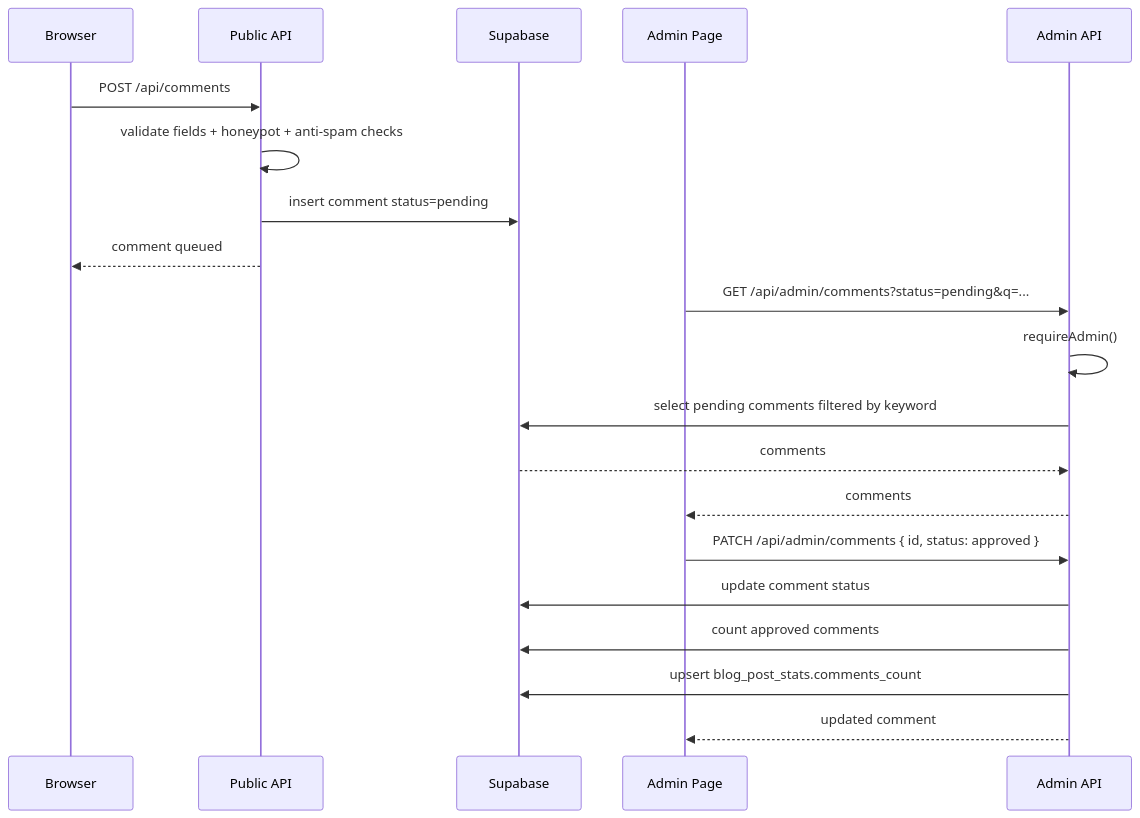
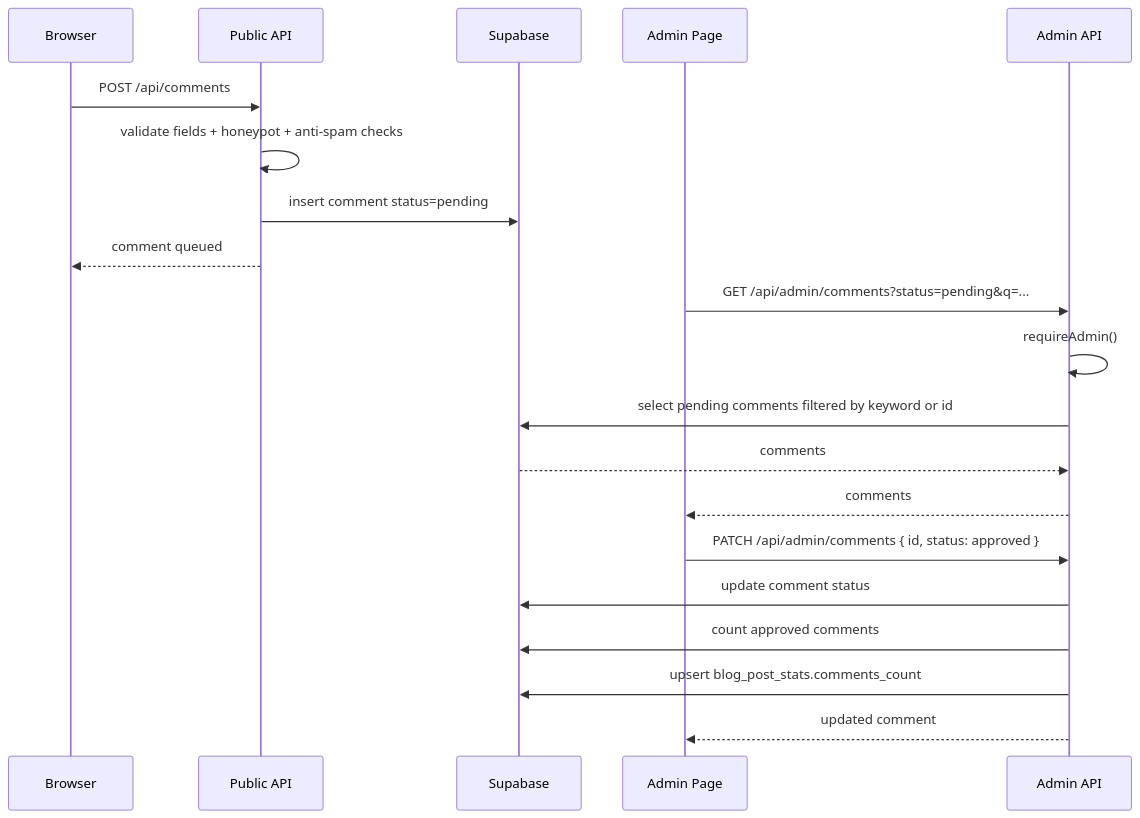
The fourth of 4 diagrams in docs/TECHNICAL_ARCHITECTURE.md (13810284349/Personal_Blog), drawn with Mermaid before and after one commit. The commit also changed other lines of this file and 9 other files, not shown here.

````diff
--- a/docs/TECHNICAL_ARCHITECTURE.md
+++ b/docs/TECHNICAL_ARCHITECTURE.md
@@ -346,25 +346,25 @@
 ```mermaid
 sequenceDiagram
   participant B as Browser
   participant F as Public API
   participant DB as Supabase
   participant A as Admin Page
   participant AF as Admin API
 
   B->>F: POST /api/comments
   F->>F: validate fields + honeypot + anti-spam checks
   F->>DB: insert comment status=pending
   F-->>B: comment queued
 
   A->>AF: GET /api/admin/comments?status=pending&q=...
   AF->>AF: requireAdmin()
-  AF->>DB: select pending comments filtered by keyword
+  AF->>DB: select pending comments filtered by keyword or id
   DB-->>AF: comments
   AF-->>A: comments
 
   A->>AF: PATCH /api/admin/comments { id, status: approved }
   AF->>DB: update comment status
   AF->>DB: count approved comments
   AF->>DB: upsert blog_post_stats.comments_count
   AF-->>A: updated comment
 ```
````
